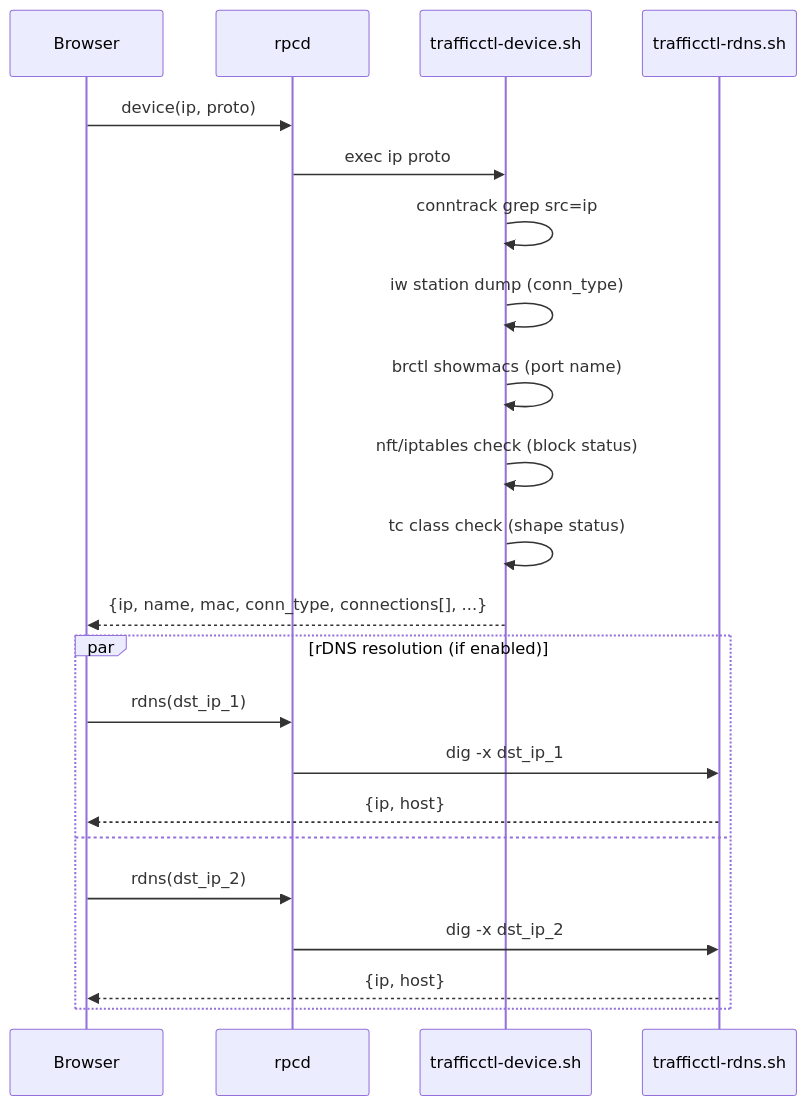
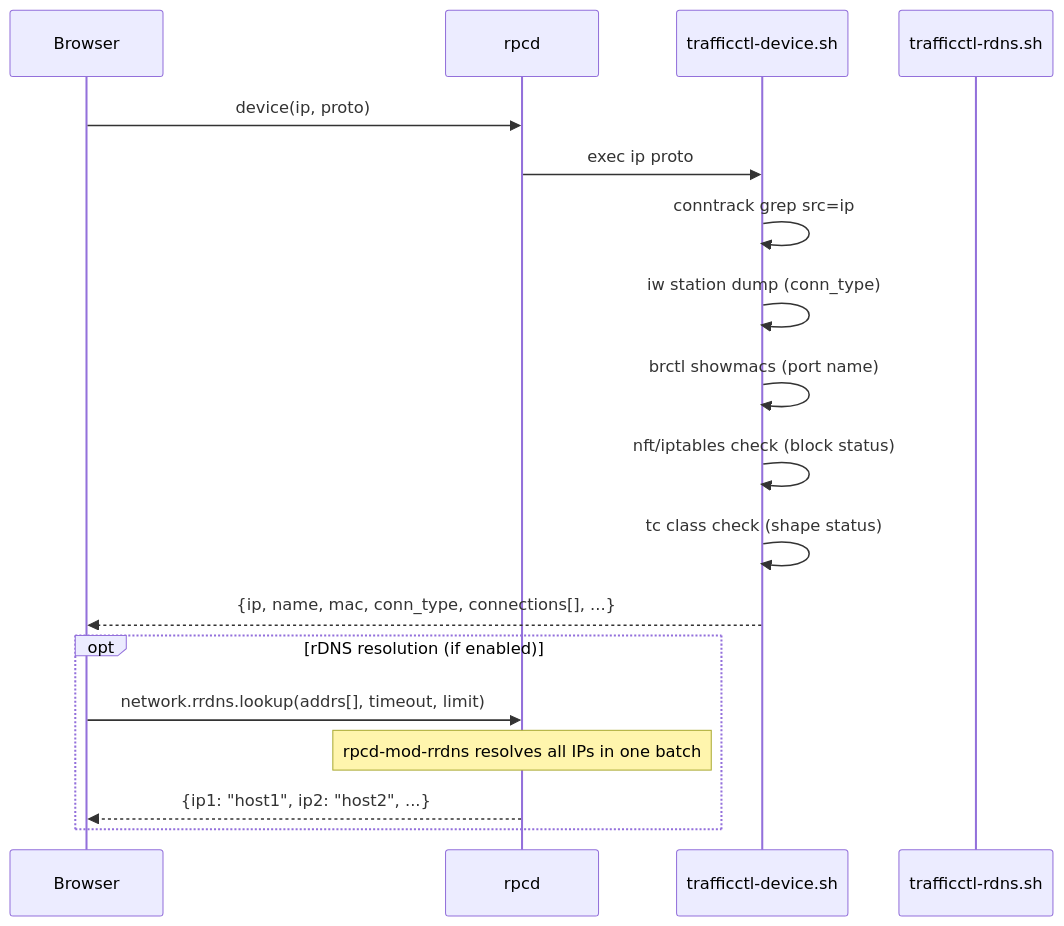
Before and after one commit to GWan1234/luci-app-trafficctl: the third of 6 diagrams in docs/ARCHITECTURE.md, drawn with Mermaid. The commit also changed other lines of this file and 6 other files, not shown here.

````diff
--- a/docs/ARCHITECTURE.md
+++ b/docs/ARCHITECTURE.md
@@ -127,26 +128,22 @@
 ```mermaid
 sequenceDiagram
     participant B as Browser
     participant R as rpcd
     participant D as trafficctl-device.sh
     participant DNS as trafficctl-rdns.sh
 
     B->>R: device(ip, proto)
     R->>D: exec ip proto
     D->>D: conntrack grep src=ip
     D->>D: iw station dump (conn_type)
     D->>D: brctl showmacs (port name)
     D->>D: nft/iptables check (block status)
     D->>D: tc class check (shape status)
     D-->>B: {ip, name, mac, conn_type, connections[], ...}
 
-    par rDNS resolution (if enabled)
-        B->>R: rdns(dst_ip_1)
-        R->>DNS: dig -x dst_ip_1
-        DNS-->>B: {ip, host}
-    and
-        B->>R: rdns(dst_ip_2)
-        R->>DNS: dig -x dst_ip_2
-        DNS-->>B: {ip, host}
+    opt rDNS resolution (if enabled)
+        B->>R: network.rrdns.lookup(addrs[], timeout, limit)
+        Note over R: rpcd-mod-rrdns resolves all IPs in one batch
+        R-->>B: {ip1: "host1", ip2: "host2", ...}
     end
 ```
````
